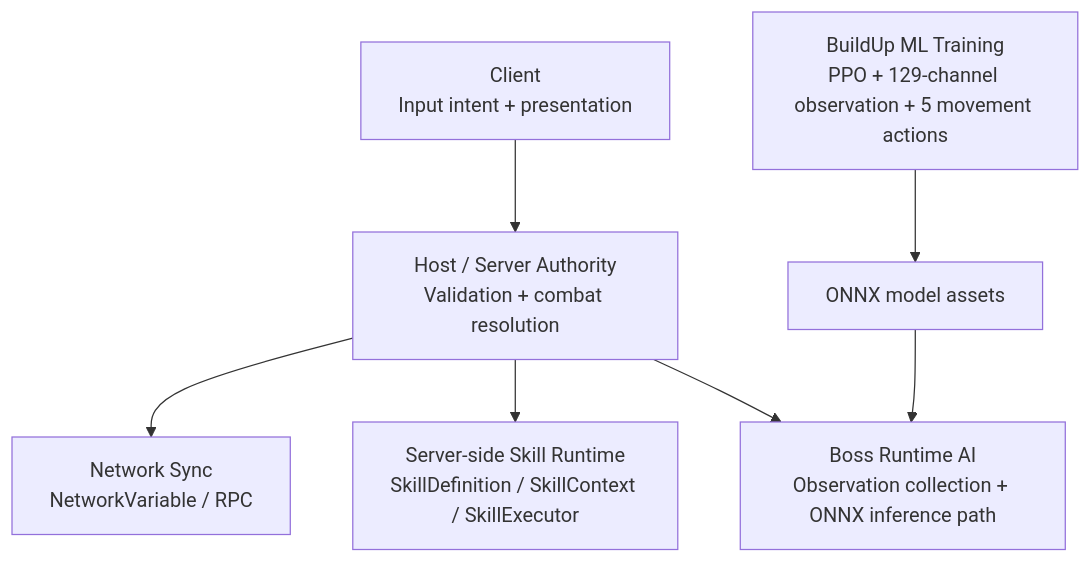
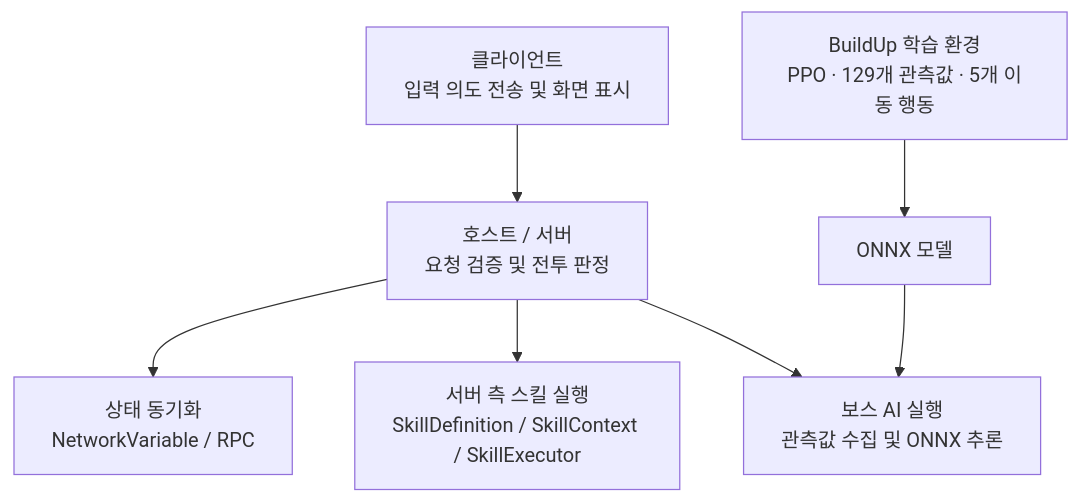
One commit to paek678/ArenaCombat_server changed the diagram in README.md. Above: the diagram before and after it, drawn with Mermaid. The commit also changed other lines of this file and 6 other files, not shown here.

````diff
--- a/README.md
+++ b/README.md
@@ -31,9 +30,9 @@
 ```mermaid
 flowchart TD
-    Client["Client\nInput intent + presentation"] --> Host["Host / Server Authority\nValidation + combat resolution"]
-    Host --> Sync["Network Sync\nNetworkVariable / RPC"]
-    Host --> Skill["Server-side Skill Runtime\nSkillDefinition / SkillContext / SkillExecutor"]
-    Host --> BossAI["Boss Runtime AI\nObservation collection + ONNX inference path"]
-    BuildUp["BuildUp ML Training\nPPO + 129-channel observation + 5 movement actions"] --> ONNX["ONNX model assets"]
+    Client["클라이언트<br/>입력 의도 전송 및 화면 표시"] --> Host["호스트 / 서버<br/>요청 검증 및 전투 판정"]
+    Host --> Sync["상태 동기화<br/>NetworkVariable / RPC"]
+    Host --> Skill["서버 측 스킬 실행<br/>SkillDefinition / SkillContext / SkillExecutor"]
+    Host --> BossAI["보스 AI 실행<br/>관측값 수집 및 ONNX 추론"]
+    BuildUp["BuildUp 학습 환경<br/>PPO · 129개 관측값 · 5개 이동 행동"] --> ONNX["ONNX 모델"]
     ONNX --> BossAI
 ```
````
